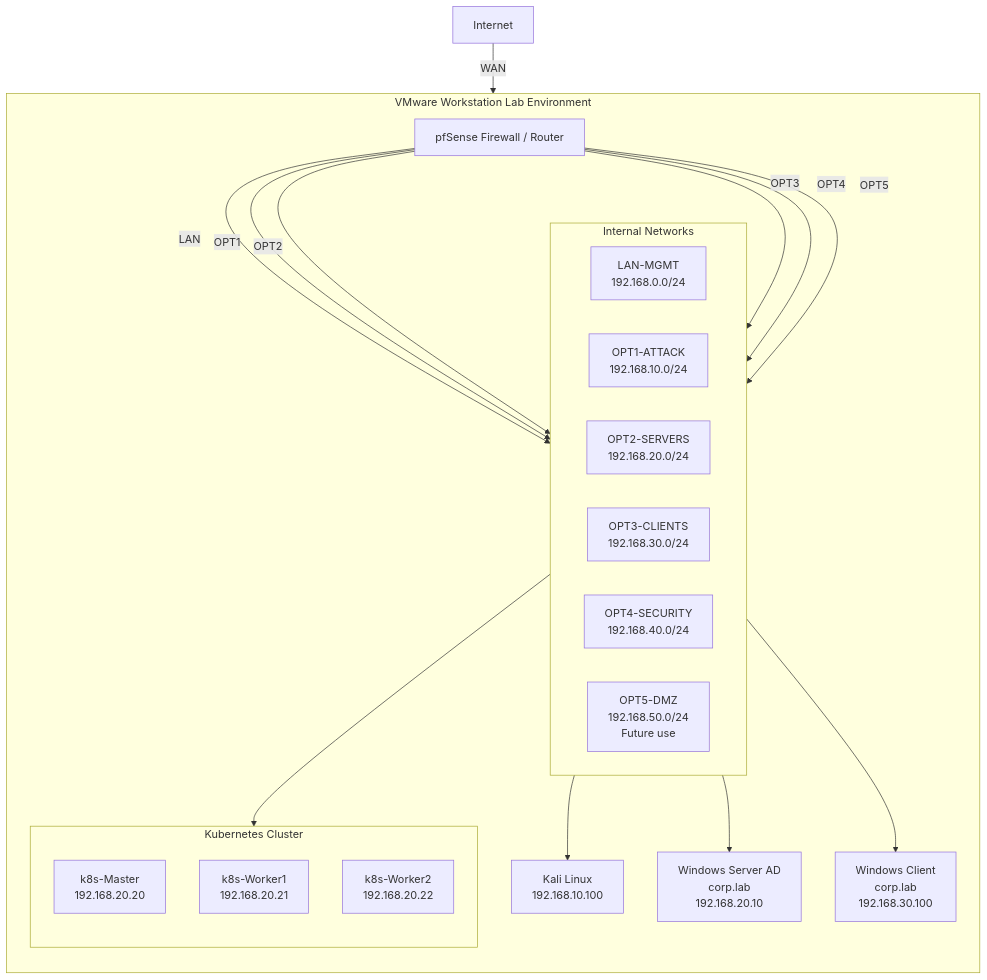
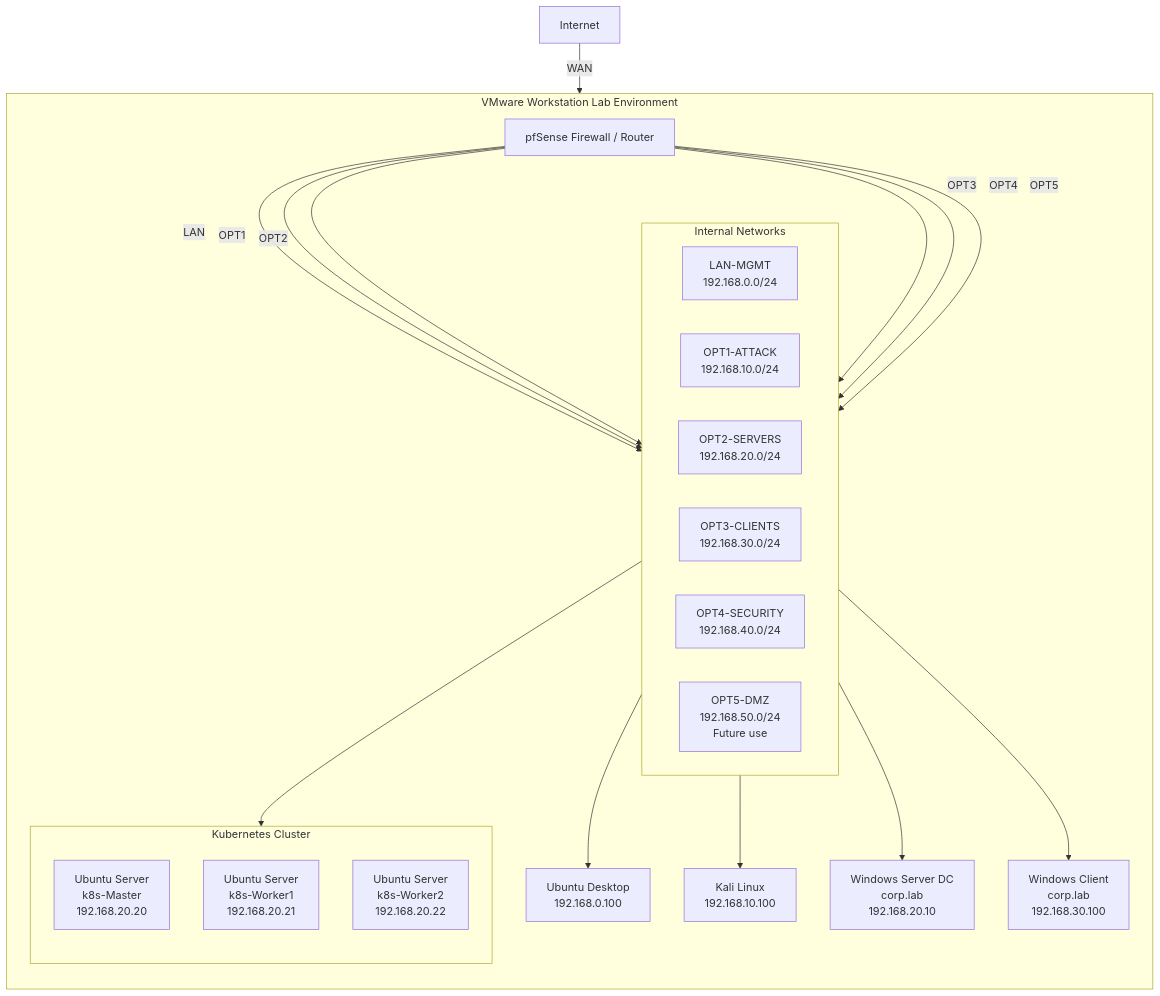
One commit to paknaoo/ad-k8s-security-lab changed the diagram in docs/topology.md. Above: the diagram before and after it, drawn with Mermaid.

````diff
--- a/docs/topology.md
+++ b/docs/topology.md
@@ -3,50 +3,51 @@
 ```mermaid
 flowchart TB
 
     %% Top layer
     Internet["Internet"]
 
     %% Firewall
     pfSense["pfSense Firewall / Router"]
 
     Internet -->|WAN| pfSense
 
     %% VMware container
     subgraph VMware["VMware Workstation Lab Environment"]
         direction TB
 
         %% Network segments (horizontal layout)
         subgraph NETWORKS["Internal Networks"]
             direction LR
             MGMT["LAN-MGMT<br/>192.168.0.0/24"]
             ATTACK["OPT1-ATTACK<br/>192.168.10.0/24"]
             SERVERS["OPT2-SERVERS<br/>192.168.20.0/24"]
             CLIENTS["OPT3-CLIENTS<br/>192.168.30.0/24"]
             SECURITY["OPT4-SECURITY<br/>192.168.40.0/24"]
             DMZ["OPT5-DMZ<br/>192.168.50.0/24<br/>Future use"]
         end
 
         %% Connections
         pfSense -->|LAN| MGMT
         pfSense -->|OPT1| ATTACK
         pfSense -->|OPT2| SERVERS
         pfSense -->|OPT3| CLIENTS
         pfSense -->|OPT4| SECURITY
         pfSense -->|OPT5| DMZ
 
         %% Devices
+        MGMT --> Ubuntu["Ubuntu Desktop<br/>192.168.0.100"]
         ATTACK --> Kali["Kali Linux<br/>192.168.10.100"]
-        SERVERS --> AD["Windows Server AD<br/>corp.lab<br/>192.168.20.10"]
+        SERVERS --> AD["Windows Server DC<br/>corp.lab<br/>192.168.20.10"]
         CLIENTS --> WinClient["Windows Client<br/>corp.lab<br/>192.168.30.100"]
 
         %% Kubernetes
         subgraph K8s["Kubernetes Cluster"]
             direction TB
-            K8sMaster["k8s-Master<br/>192.168.20.20"]
-            K8sWorker1["k8s-Worker1<br/>192.168.20.21"]
-            K8sWorker2["k8s-Worker2<br/>192.168.20.22"]
+            K8sMaster["Ubuntu Server<br/>k8s-Master<br/>192.168.20.20"]
+            K8sWorker1["Ubuntu Server<br/>k8s-Worker1<br/>192.168.20.21"]
+            K8sWorker2["Ubuntu Server<br/>k8s-Worker2<br/>192.168.20.22"]
         end
 
         SERVERS --> K8s
     end
 ```
````
